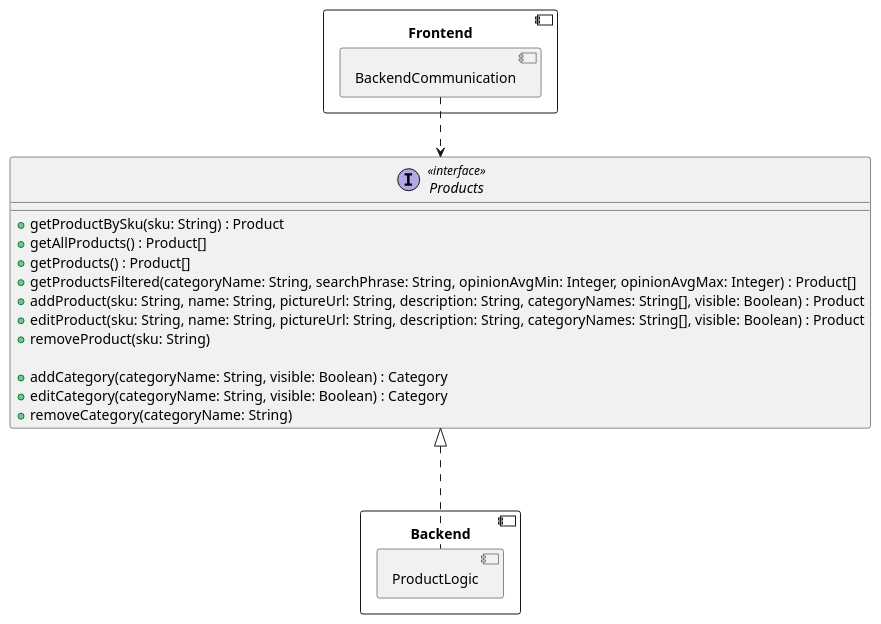
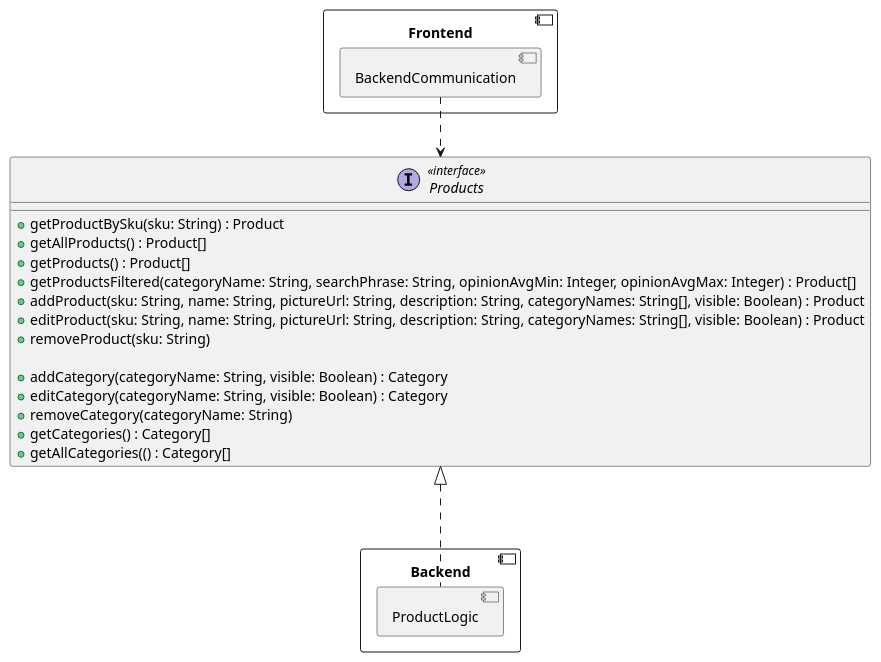
The third of 5 diagrams in frontend/BackendCommunication.md (RadekBucki/OpinionCollectorArchitecture), drawn with PlantUML before and after one commit. The commit also changed other lines of this file and 2 other files, not shown here.

````diff
--- a/frontend/BackendCommunication.md
+++ b/frontend/BackendCommunication.md
@@ -73,31 +75,33 @@
 ```plantuml
 @startuml
 component Frontend {
     component BackendCommunication {
     }
 }
 
 component Backend {
     component ProductLogic {
     }
 }
 
 interface Products <<interface>> {
     + getProductBySku(sku: String) : Product
     + getAllProducts() : Product[]
     + getProducts() : Product[]
     + getProductsFiltered(categoryName: String, searchPhrase: String, opinionAvgMin: Integer, opinionAvgMax: Integer) : Product[]
     + addProduct(sku: String, name: String, pictureUrl: String, description: String, categoryNames: String[], visible: Boolean) : Product
     + editProduct(sku: String, name: String, pictureUrl: String, description: String, categoryNames: String[], visible: Boolean) : Product
     + removeProduct(sku: String)
     
     + addCategory(categoryName: String, visible: Boolean) : Category
     + editCategory(categoryName: String, visible: Boolean) : Category
     + removeCategory(categoryName: String)
+    + getCategories() : Category[]
+    + getAllCategories(() : Category[]
 }
 
 BackendCommunication ..>   Products
 Products             <|... ProductLogic
 
 @enduml 
 ```
````
